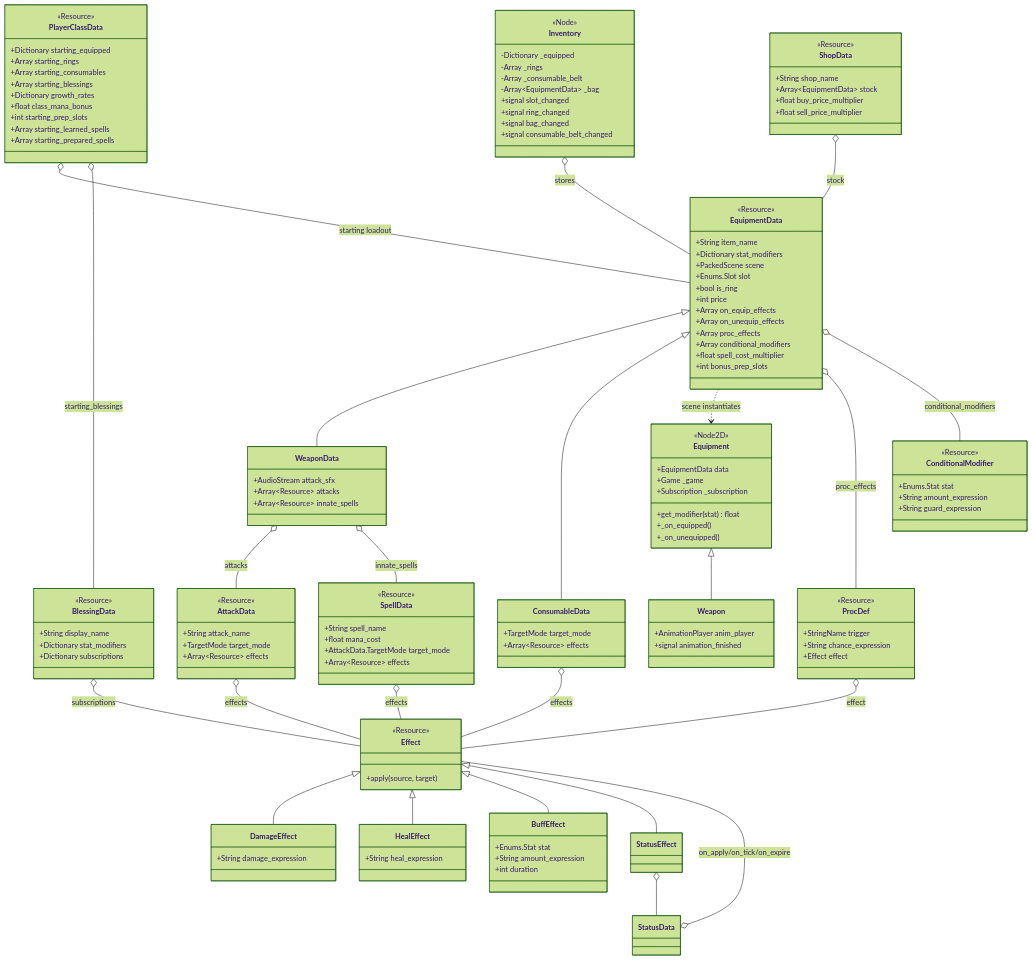
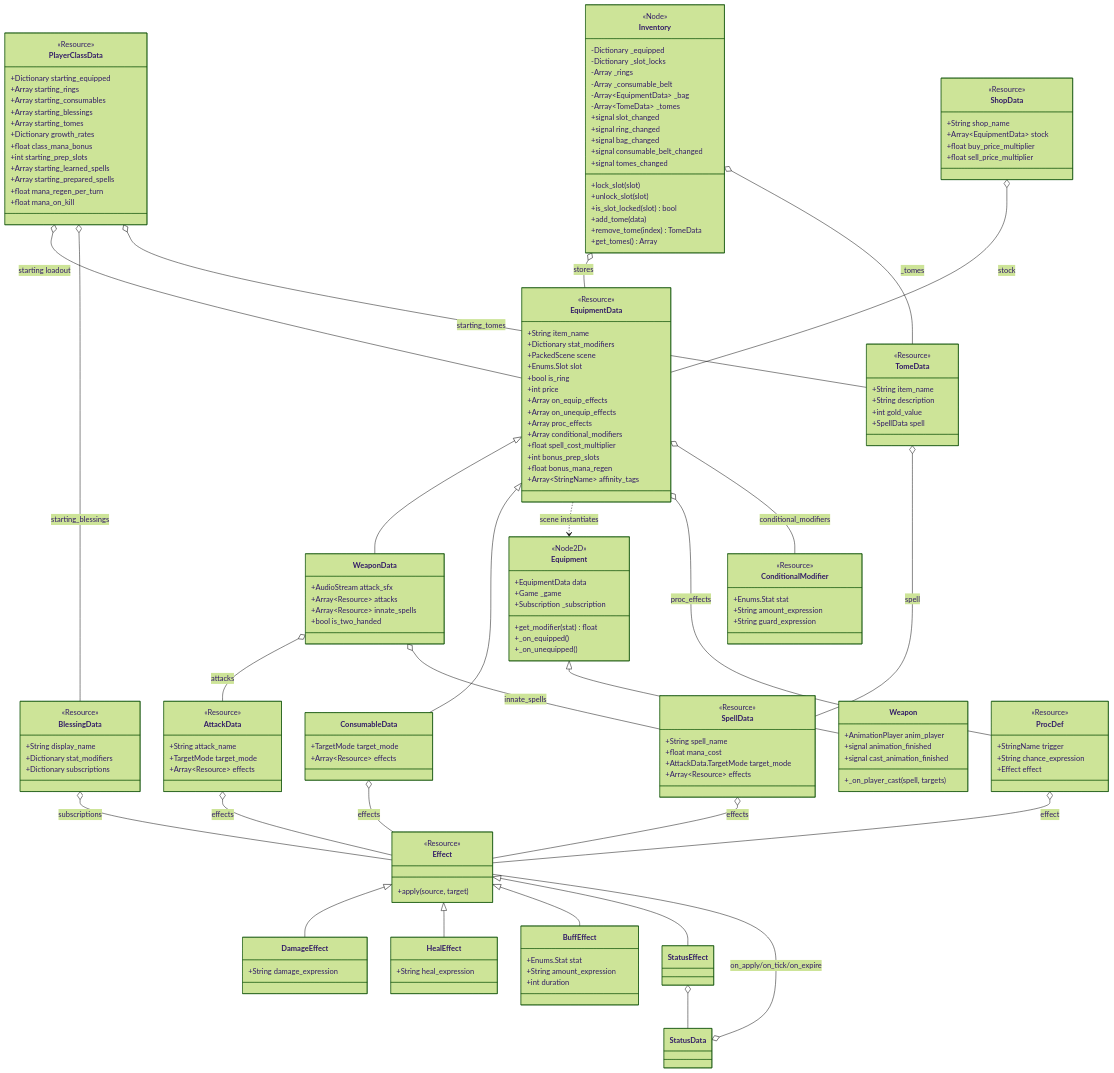
One commit to mjholder/crawler changed the fourth of 5 diagrams in journal/architecture.md. Above: the diagram before and after it, drawn with Mermaid (forest theme). The commit also changed other lines of this file and 15 other files, not shown here.

```diff
--- a/journal/architecture.md
+++ b/journal/architecture.md
@@ -209,6 +211,8 @@
         +Array conditional_modifiers
         +float spell_cost_multiplier
         +int bonus_prep_slots
+        +float bonus_mana_regen
+        +Array~StringName~ affinity_tags
     }
     class ProcDef {
         <<Resource>>
@@ -226,6 +230,14 @@
         +AudioStream attack_sfx
         +Array~Resource~ attacks
         +Array~Resource~ innate_spells
+        +bool is_two_handed
+    }
+    class TomeData {
+        <<Resource>>
+        +String item_name
+        +String description
+        +int gold_value
+        +SpellData spell
     }
     class AttackData {
         <<Resource>>
@@ -271,11 +283,14 @@
         +Array starting_rings
         +Array starting_consumables
         +Array starting_blessings
+        +Array starting_tomes
         +Dictionary growth_rates
         +float class_mana_bonus
         +int starting_prep_slots
         +Array starting_learned_spells
         +Array starting_prepared_spells
+        +float mana_regen_per_turn
+        +float mana_on_kill
     }
     class ShopData {
         <<Resource>>
@@ -296,17 +311,28 @@
     class Weapon {
         +AnimationPlayer anim_player
         +signal animation_finished
+        +signal cast_animation_finished
+        +_on_player_cast(spell, targets)
     }
     class Inventory {
         <<Node>>
         -Dictionary _equipped
+        -Dictionary _slot_locks
         -Array _rings
         -Array _consumable_belt
         -Array~EquipmentData~ _bag
+        -Array~TomeData~ _tomes
         +signal slot_changed
         +signal ring_changed
         +signal bag_changed
         +signal consumable_belt_changed
+        +signal tomes_changed
+        +lock_slot(slot)
+        +unlock_slot(slot)
+        +is_slot_locked(slot) bool
+        +add_tome(data)
+        +remove_tome(index) TomeData
+        +get_tomes() Array
     }
 
     EquipmentData <|-- WeaponData
@@ -317,12 +343,15 @@
     EquipmentData o-- ConditionalModifier : conditional_modifiers
     ProcDef o-- Effect : effect
     Inventory o-- EquipmentData : stores
+    Inventory o-- TomeData : _tomes
     PlayerClassData o-- EquipmentData : starting loadout
     PlayerClassData o-- BlessingData : starting_blessings
+    PlayerClassData o-- TomeData : starting_tomes
     BlessingData o-- Effect : subscriptions
     ShopData o-- EquipmentData : stock
     WeaponData o-- AttackData : attacks
     WeaponData o-- SpellData : innate_spells
+    TomeData o-- SpellData : spell
     AttackData o-- Effect : effects
     SpellData o-- Effect : effects
     ConsumableData o-- Effect : effects
```
